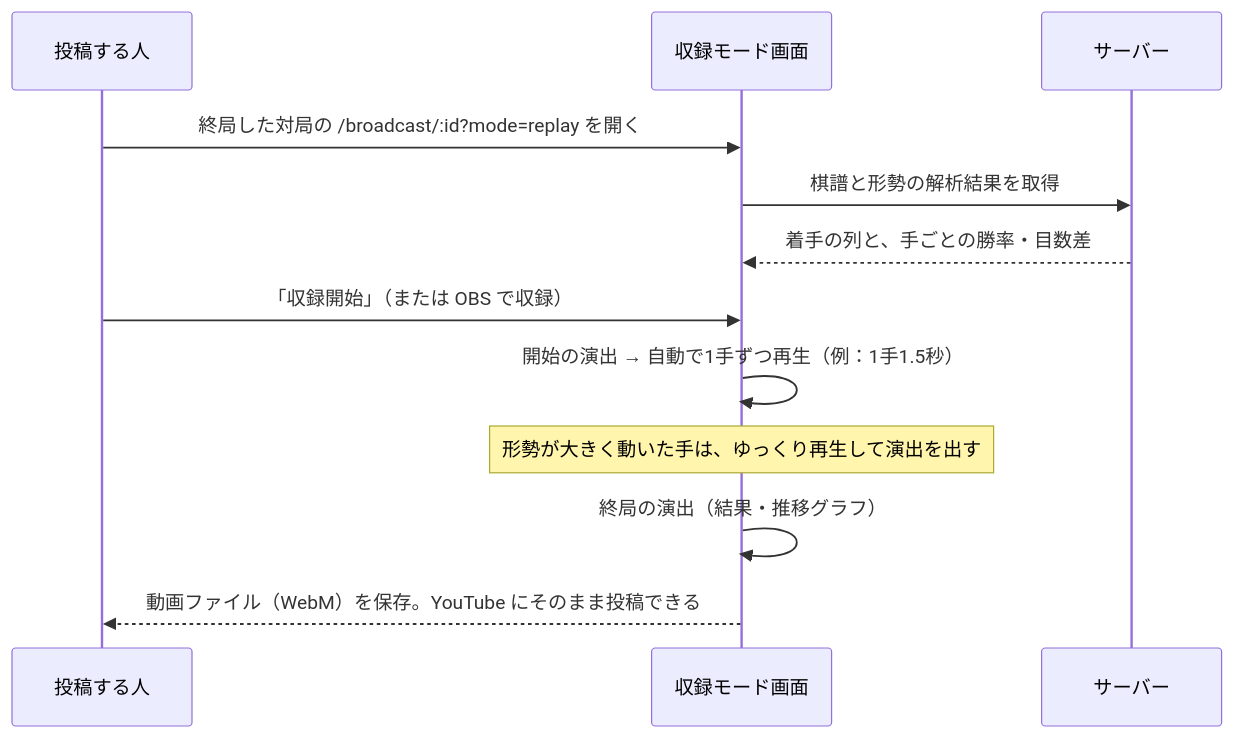
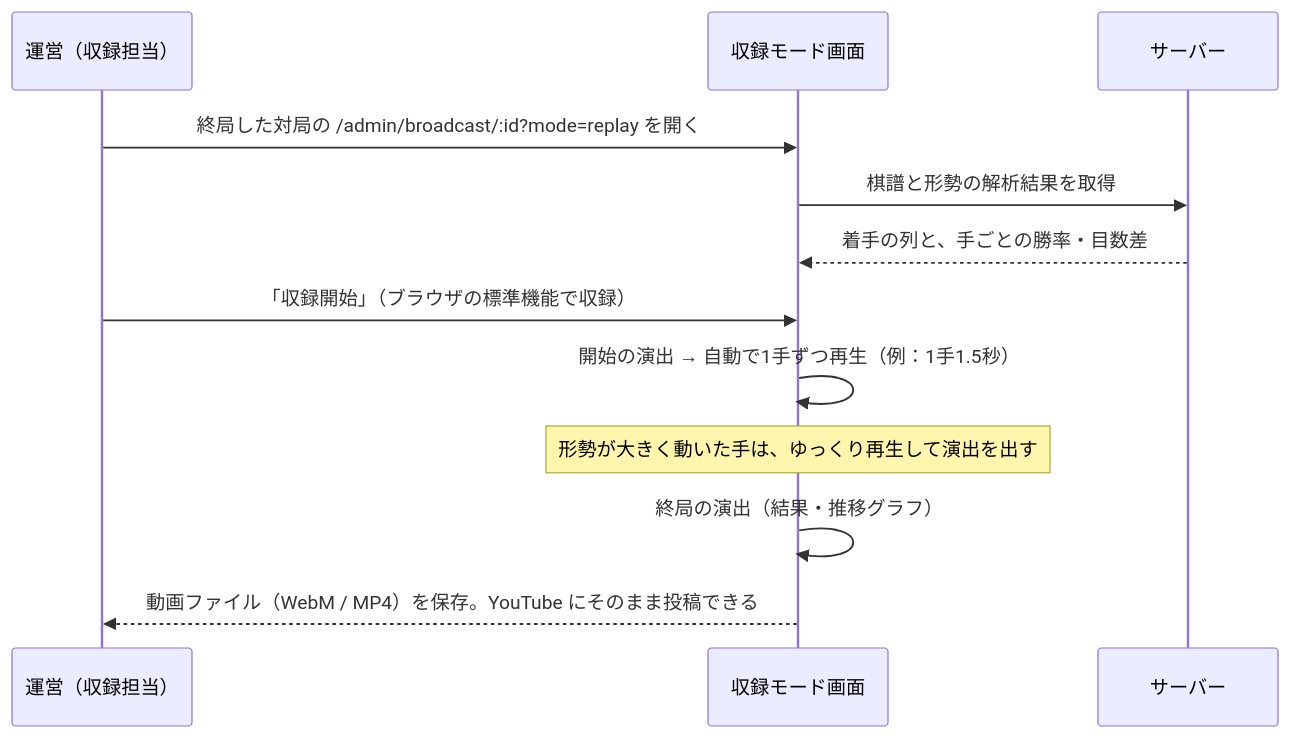
Before and after one commit to fsugano/igo-server: the fourth of 6 diagrams in docs/technical-requirements.md, drawn with Mermaid. The commit also changed other lines of this file, not shown here.

````diff
--- a/docs/technical-requirements.md
+++ b/docs/technical-requirements.md
@@ -711,14 +721,14 @@
 ```mermaid
 sequenceDiagram
-  participant P as 投稿する人
+  participant P as 運営（収録担当）
   participant W as 収録モード画面
   participant S as サーバー
-  P->>W: 終局した対局の /broadcast/:id?mode=replay を開く
+  P->>W: 終局した対局の /admin/broadcast/:id?mode=replay を開く
   W->>S: 棋譜と形勢の解析結果を取得
   S-->>W: 着手の列と、手ごとの勝率・目数差
-  P->>W: 「収録開始」（または OBS で収録）
+  P->>W: 「収録開始」（ブラウザの標準機能で収録）
   W->>W: 開始の演出 → 自動で1手ずつ再生（例：1手1.5秒）
   Note over W: 形勢が大きく動いた手は、ゆっくり再生して演出を出す
   W->>W: 終局の演出（結果・推移グラフ）
-  W-->>P: 動画ファイル（WebM）を保存。YouTube にそのまま投稿できる
+  W-->>P: 動画ファイル（WebM / MP4）を保存。YouTube にそのまま投稿できる
 ```
````
